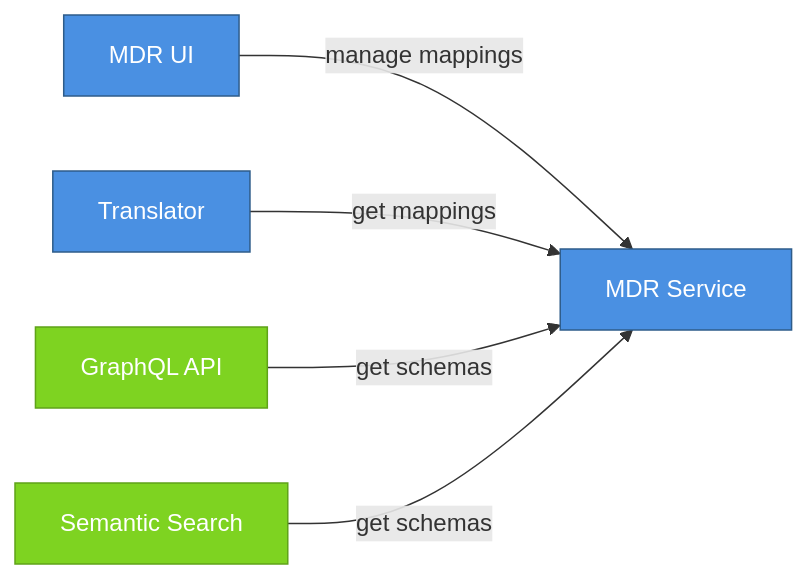
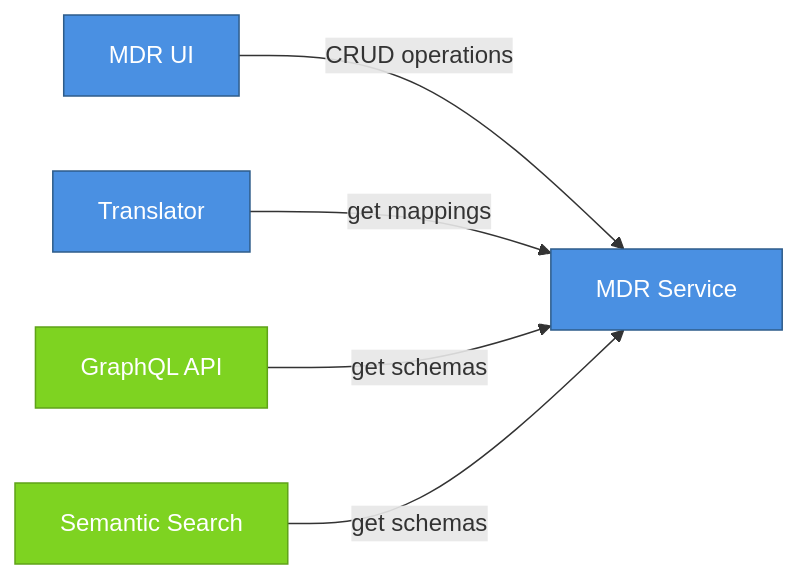
The fifth of 16 diagrams in docs/lif_services_overview.md (LIF-Initiative/lif-core), drawn with Mermaid before and after one commit. The commit also changed other lines of this file, not shown here.

Commit message:
docs: Update MDR UI diagram

````diff
--- a/docs/lif_services_overview.md
+++ b/docs/lif_services_overview.md
@@ -214,19 +214,19 @@
 ```mermaid
 graph LR
     MDRUI[MDR UI]
     MDR[MDR Service]
     Trans[Translator]
     GQL[GraphQL API]
     MCP[Semantic Search]
  
-    MDRUI -->|manage mappings| MDR
+    MDRUI -->|CRUD operations| MDR
     Trans -->|get mappings| MDR
     GQL -->|get schemas| MDR
     MCP -->|get schemas| MDR
     
     classDef coreStyle fill:#4A90E2,stroke:#2E5C8A,color:#fff
     classDef intelStyle fill:#7ED321,stroke:#5FA319,color:#fff
     
     class MDRUI,MDR,Trans coreStyle
     class GQL,MCP intelStyle
 ```
````
